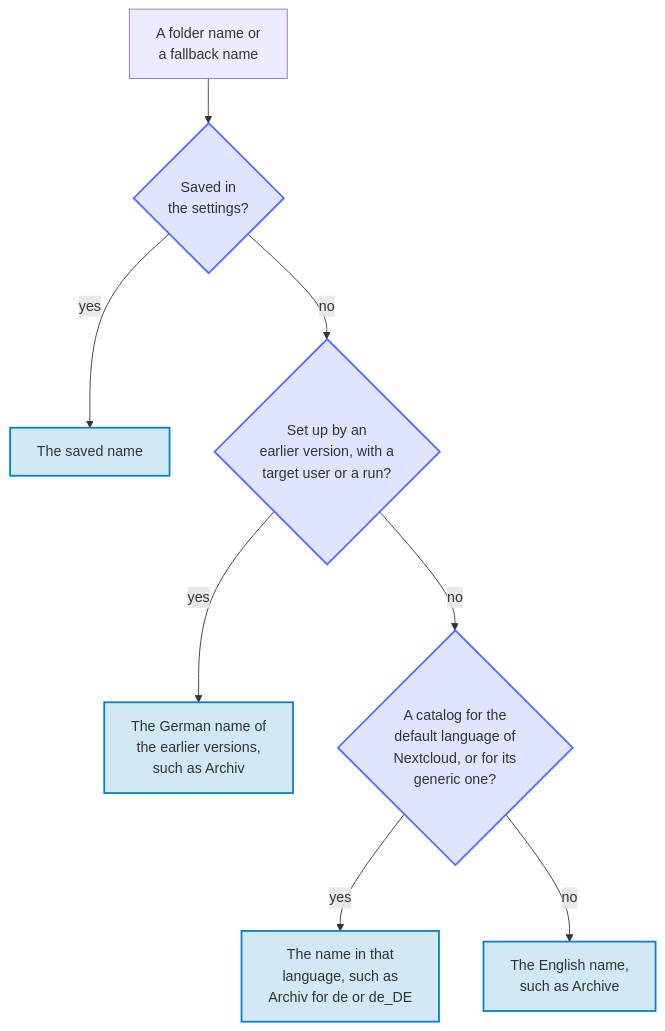
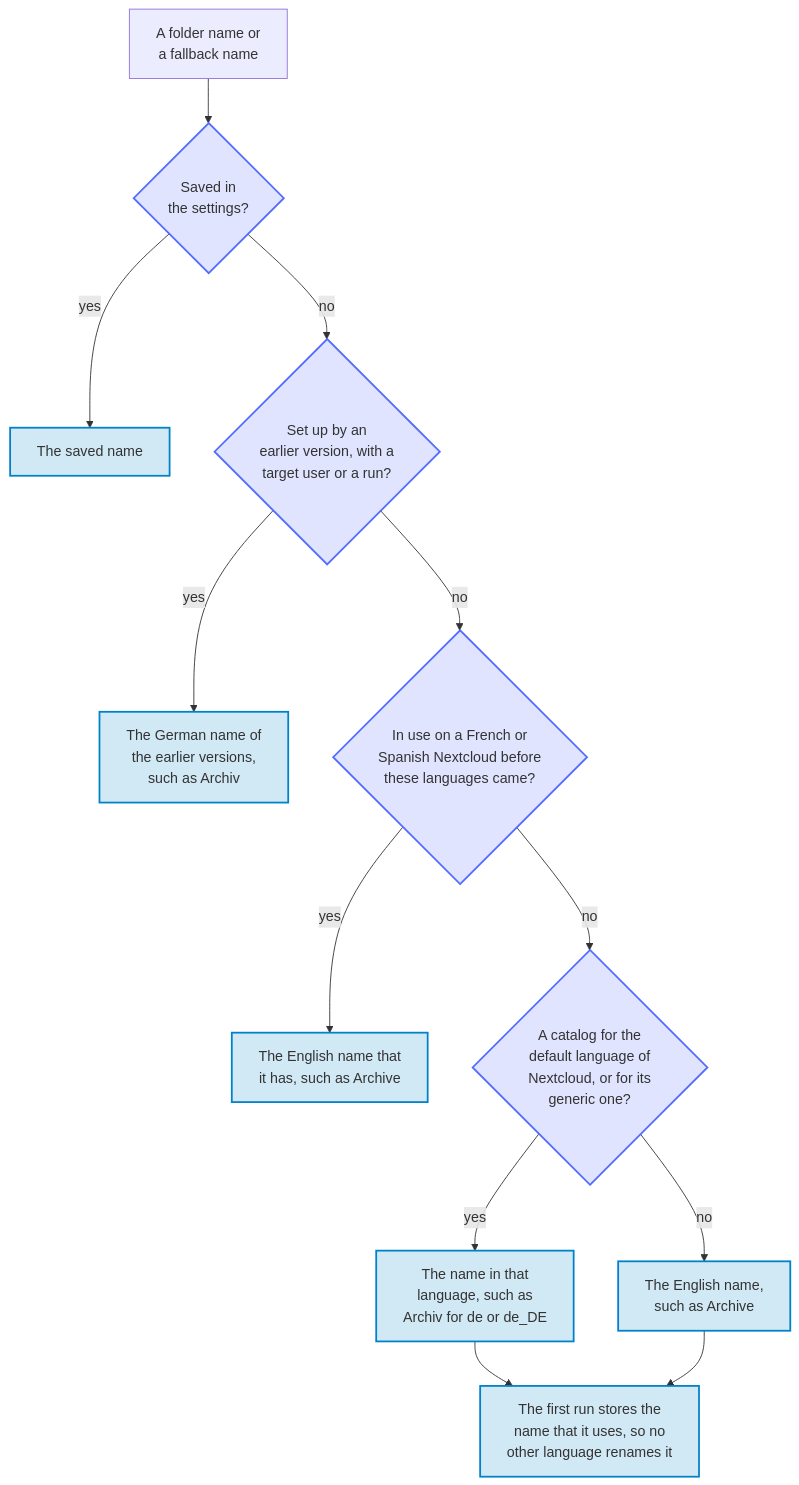
Before and after one commit to Dennis-Otto/paperless-sync: the diagram in docs/diagrams/which-folder-names-an-installation-uses.mmd, drawn with Mermaid. The commit also changed 46 other files, not shown here.

First line of the commit message:
feat(i18n): French and Spanish, and a check that keeps every language complete (#319)

```diff
--- a/docs/diagrams/which-folder-names-an-installation-uses.mmd
+++ b/docs/diagrams/which-folder-names-an-installation-uses.mmd
@@ -1,16 +1,20 @@
 flowchart TB
     accTitle: Which folder names an installation uses
-    accDescr: For each folder name and fallback name, an installation uses the name that its settings saved, whatever the language. An installation that an earlier version set up, with a target user or with copies and imports of its runs, keeps the German name of those versions, such as Archiv, for a name that it never saved. A new installation proposes the name in the default language of Nextcloud when the app has a catalog for that language or for its generic one, such as German for de_DE, and in English otherwise, such as Archive. Saving the settings keeps the names that the page shows. The questions are indigo and the names in Nextcloud blue.
+    accDescr: For each folder name and fallback name, an installation uses the name that its settings saved, whatever the language. An installation that an earlier version set up, with a target user or with copies and imports of its runs, keeps the German name of those versions, such as Archiv, for a name that it never saved. An installation in use on a French or Spanish Nextcloud keeps the English name that it has from the versions before these languages. A new installation proposes the name in the default language of Nextcloud when the app has a catalog for that language or for its generic one, such as German for de_DE, and in English otherwise, such as Archive. Saving the settings keeps the names that the page shows, and the first run stores a name that it uses, so that no other language renames the folder afterwards. The questions are indigo and the names in Nextcloud blue.
 
     name["A folder name or<br>a fallback name"] --> saved{"Saved in<br>the settings?"}
     saved -->|yes| keep["The saved name"]
     saved -->|no| earlier{"Set up by an<br>earlier version, with a<br>target user or a run?"}
     earlier -->|yes| german["The German name of<br>the earlier versions,<br>such as Archiv"]
-    earlier -->|no| language{"A catalog for the<br>default language of<br>Nextcloud, or for its<br>generic one?"}
+    earlier -->|no| inuse{"In use on a French or<br>Spanish Nextcloud before<br>these languages came?"}
+    inuse -->|yes| kept["The English name that<br>it has, such as Archive"]
+    inuse -->|no| language{"A catalog for the<br>default language of<br>Nextcloud, or for its<br>generic one?"}
     language -->|yes| localized["The name in that<br>language, such as<br>Archiv for de or de_DE"]
     language -->|no| english["The English name,<br>such as Archive"]
+    localized --> stored["The first run stores the<br>name that it uses, so no<br>other language renames it"]
+    english --> stored
 
     classDef check fill:#526cfe2e,stroke:#526cfe,stroke-width:2px
     classDef nextcloud fill:#0082c92e,stroke:#0082c9,stroke-width:2px
-    class saved,earlier,language check
-    class keep,german,localized,english nextcloud
+    class saved,earlier,inuse,language check
+    class keep,german,kept,localized,english,stored nextcloud
```
